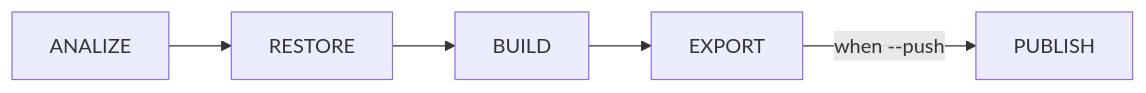
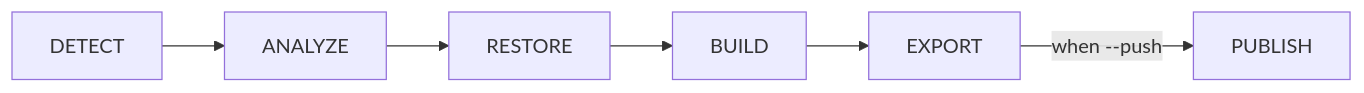
The diagram in text/0000-publish-operation.md (buildpacks/rfcs), drawn with Mermaid before and after one commit. The commit also changed other lines of this file, not shown here.

Commit message:
WIP - adding more diagrams

````diff
--- a/text/0000-publish-operation.md
+++ b/text/0000-publish-operation.md
@@ -70,8 +67,9 @@
 ```mermaid
 graph LR
-    A[ANALIZE] --> B[RESTORE]
-    B --> C[BUILD]
-    C --> D[EXPORT]
-    D --> |when --push| E[PUBLISH]
+    A[DETECT] --> B[ANALYZE]
+    B --> C[RESTORE]
+    C --> D[BUILD]
+    D --> E[EXPORT]
+    E --> |when --push| F[PUBLISH]
 
 ```
````
